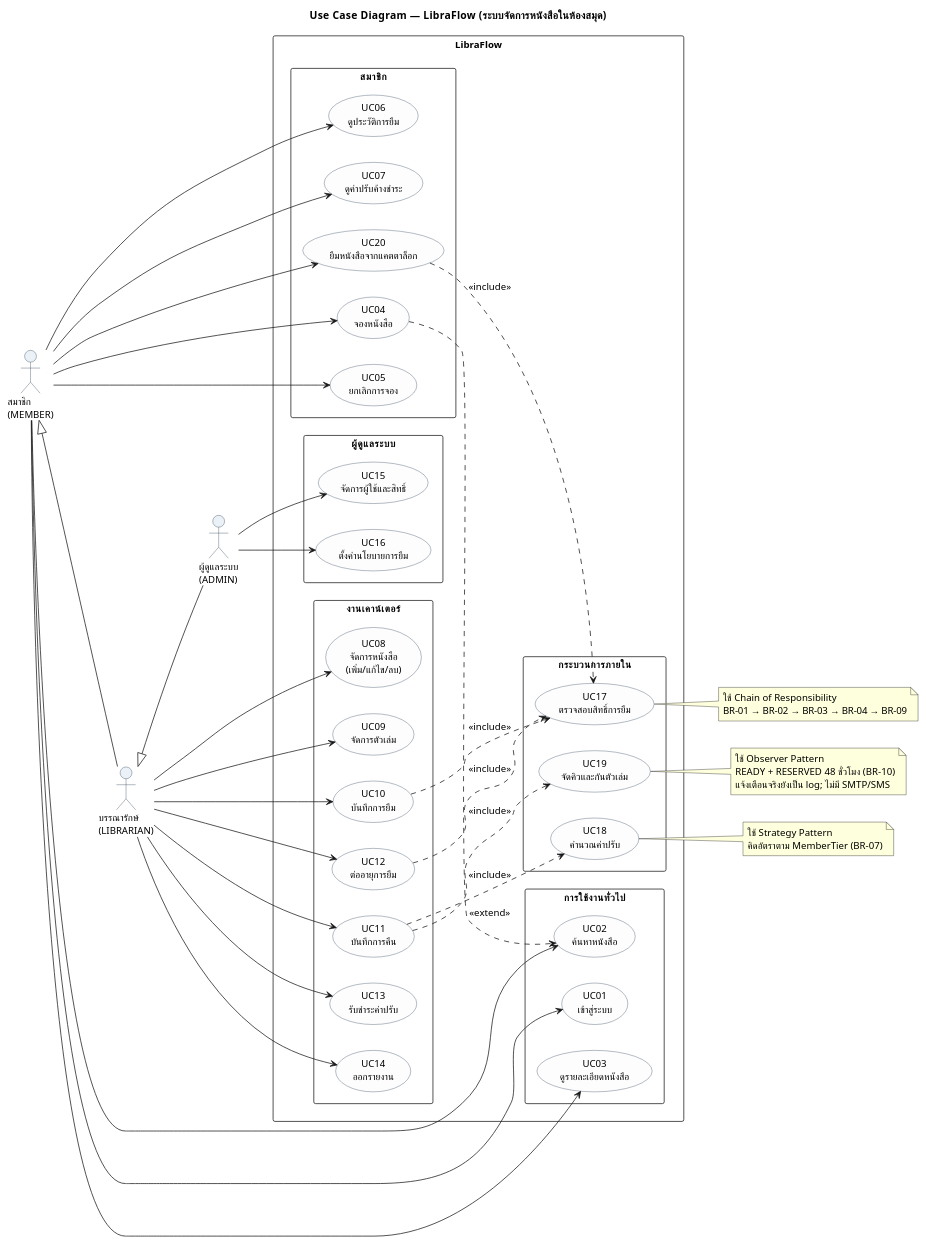
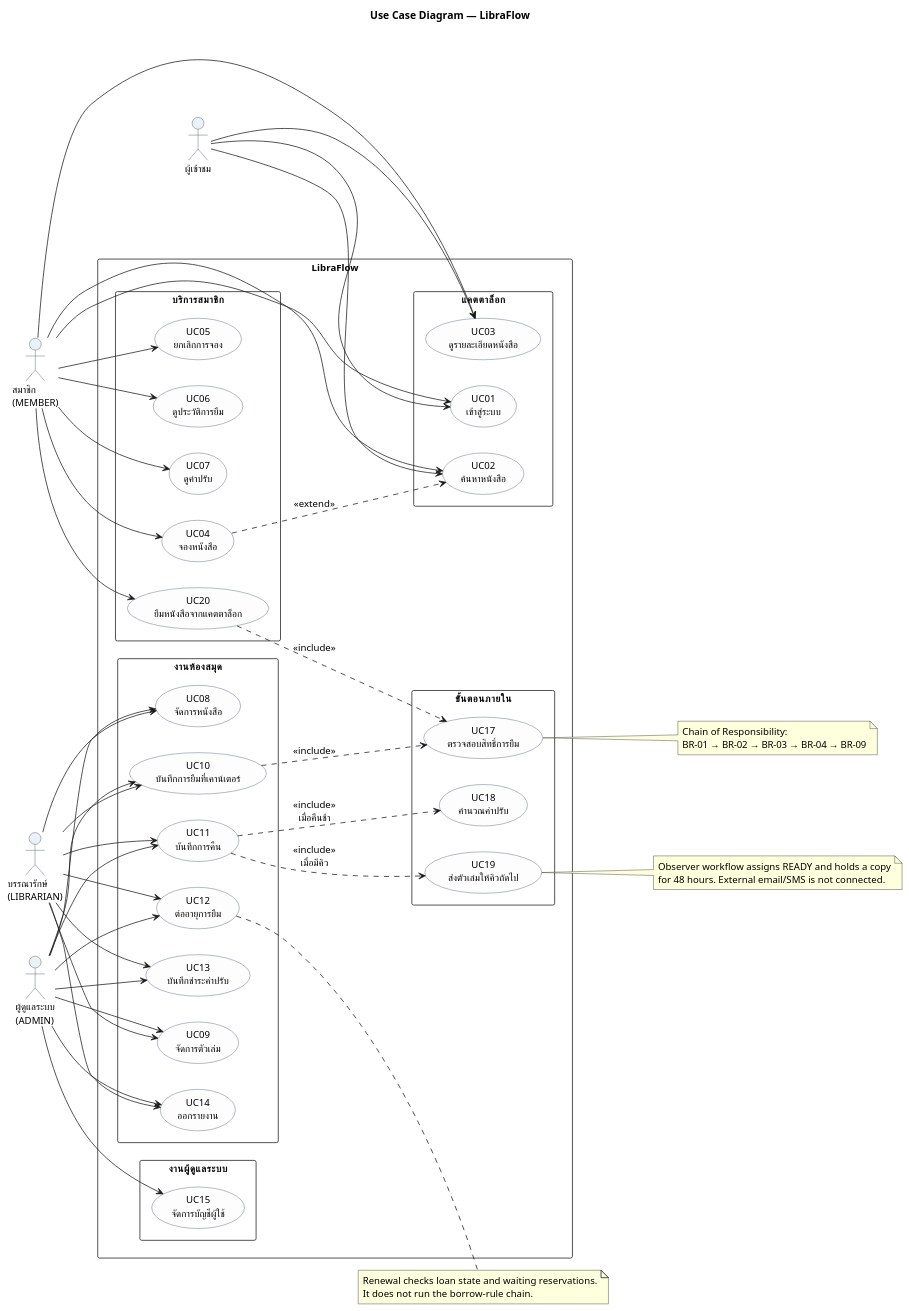
The diagram in doc/diagrams/01-use-case.puml (boatrocl/library_book_management), drawn with PlantUML before and after one commit. The commit also changed 34 other files, not shown here.

Commit message:
docs: synchronize UML diagrams and exports

```diff
--- a/doc/diagrams/01-use-case.puml
+++ b/doc/diagrams/01-use-case.puml
@@ -1,106 +1,110 @@
 @startuml 01-use-case
-title Use Case Diagram — LibraFlow (ระบบจัดการหนังสือในห้องสมุด)
+title Use Case Diagram — LibraFlow
 
 skinparam defaultFontName "Tahoma"
 skinparam defaultFontSize 13
 skinparam shadowing false
 skinparam packageStyle rectangle
 skinparam usecase {
   BackgroundColor #FDFDFD
   BorderColor #34495E
 }
 skinparam actor {
   BackgroundColor #EAF2F8
   BorderColor #2E4053
 }
 left to right direction
 
+actor "ผู้เข้าชม" as VISITOR
 actor "สมาชิก\n(MEMBER)" as MEMBER
 actor "บรรณารักษ์\n(LIBRARIAN)" as LIBRARIAN
 actor "ผู้ดูแลระบบ\n(ADMIN)" as ADMIN
 
-MEMBER <|-- LIBRARIAN
-LIBRARIAN <|-- ADMIN
-
 rectangle "LibraFlow" {
-
-  package "การใช้งานทั่วไป" {
+  package "แคตตาล็อก" {
     usecase "UC01\nเข้าสู่ระบบ" as UC01
     usecase "UC02\nค้นหาหนังสือ" as UC02
     usecase "UC03\nดูรายละเอียดหนังสือ" as UC03
   }
 
-  package "สมาชิก" {
+  package "บริการสมาชิก" {
     usecase "UC04\nจองหนังสือ" as UC04
     usecase "UC05\nยกเลิกการจอง" as UC05
     usecase "UC06\nดูประวัติการยืม" as UC06
-    usecase "UC07\nดูค่าปรับค้างชำระ" as UC07
+    usecase "UC07\nดูค่าปรับ" as UC07
     usecase "UC20\nยืมหนังสือจากแคตตาล็อก" as UC20
   }
 
-  package "งานเคาน์เตอร์" {
-    usecase "UC08\nจัดการหนังสือ\n(เพิ่ม/แก้ไข/ลบ)" as UC08
+  package "งานห้องสมุด" {
+    usecase "UC08\nจัดการหนังสือ" as UC08
     usecase "UC09\nจัดการตัวเล่ม" as UC09
-    usecase "UC10\nบันทึกการยืม" as UC10
+    usecase "UC10\nบันทึกการยืมที่เคาน์เตอร์" as UC10
     usecase "UC11\nบันทึกการคืน" as UC11
     usecase "UC12\nต่ออายุการยืม" as UC12
-    usecase "UC13\nรับชำระค่าปรับ" as UC13
+    usecase "UC13\nบันทึกชำระค่าปรับ" as UC13
     usecase "UC14\nออกรายงาน" as UC14
   }
 
-  package "ผู้ดูแลระบบ" {
-    usecase "UC15\nจัดการผู้ใช้และสิทธิ์" as UC15
-    usecase "UC16\nตั้งค่านโยบายการยืม" as UC16
+  package "งานผู้ดูแลระบบ" {
+    usecase "UC15\nจัดการบัญชีผู้ใช้" as UC15
   }
 
-  package "กระบวนการภายใน" {
+  package "ขั้นตอนภายใน" {
     usecase "UC17\nตรวจสอบสิทธิ์การยืม" as UC17
     usecase "UC18\nคำนวณค่าปรับ" as UC18
-    usecase "UC19\nจัดคิวและกันตัวเล่ม" as UC19
+    usecase "UC19\nส่งตัวเล่มให้คิวถัดไป" as UC19
   }
 }
+
+VISITOR --> UC01
+VISITOR --> UC02
+VISITOR --> UC03
 
 MEMBER --> UC01
 MEMBER --> UC02
 MEMBER --> UC03
 MEMBER --> UC04
 MEMBER --> UC05
 MEMBER --> UC06
 MEMBER --> UC07
 MEMBER --> UC20
 
 LIBRARIAN --> UC08
 LIBRARIAN --> UC09
 LIBRARIAN --> UC10
 LIBRARIAN --> UC11
 LIBRARIAN --> UC12
 LIBRARIAN --> UC13
 LIBRARIAN --> UC14
 
+ADMIN --> UC08
+ADMIN --> UC09
+ADMIN --> UC10
+ADMIN --> UC11
+ADMIN --> UC12
+ADMIN --> UC13
+ADMIN --> UC14
 ADMIN --> UC15
-ADMIN --> UC16
 
 UC10 ..> UC17 : <<include>>
 UC20 ..> UC17 : <<include>>
-UC11 ..> UC18 : <<include>>
-UC11 ..> UC19 : <<include>>
-UC12 ..> UC17 : <<include>>
+UC11 ..> UC18 : <<include>>\nเมื่อคืนช้า
+UC11 ..> UC19 : <<include>>\nเมื่อมีคิว
 UC04 ..> UC02 : <<extend>>
 
 note right of UC17
-  ใช้ Chain of Responsibility
+  Chain of Responsibility:
   BR-01 → BR-02 → BR-03 → BR-04 → BR-09
 end note
 
-note right of UC18
-  ใช้ Strategy Pattern
-  คิดอัตราตาม MemberTier (BR-07)
+note right of UC12
+  Renewal checks loan state and waiting reservations.
+  It does not run the borrow-rule chain.
 end note
 
 note right of UC19
-  ใช้ Observer Pattern
-  READY + RESERVED 48 ชั่วโมง (BR-10)
-  แจ้งเตือนจริงยังเป็น log; ไม่มี SMTP/SMS
+  Observer workflow assigns READY and holds a copy
+  for 48 hours. External email/SMS is not connected.
 end note
 
 @enduml
```
